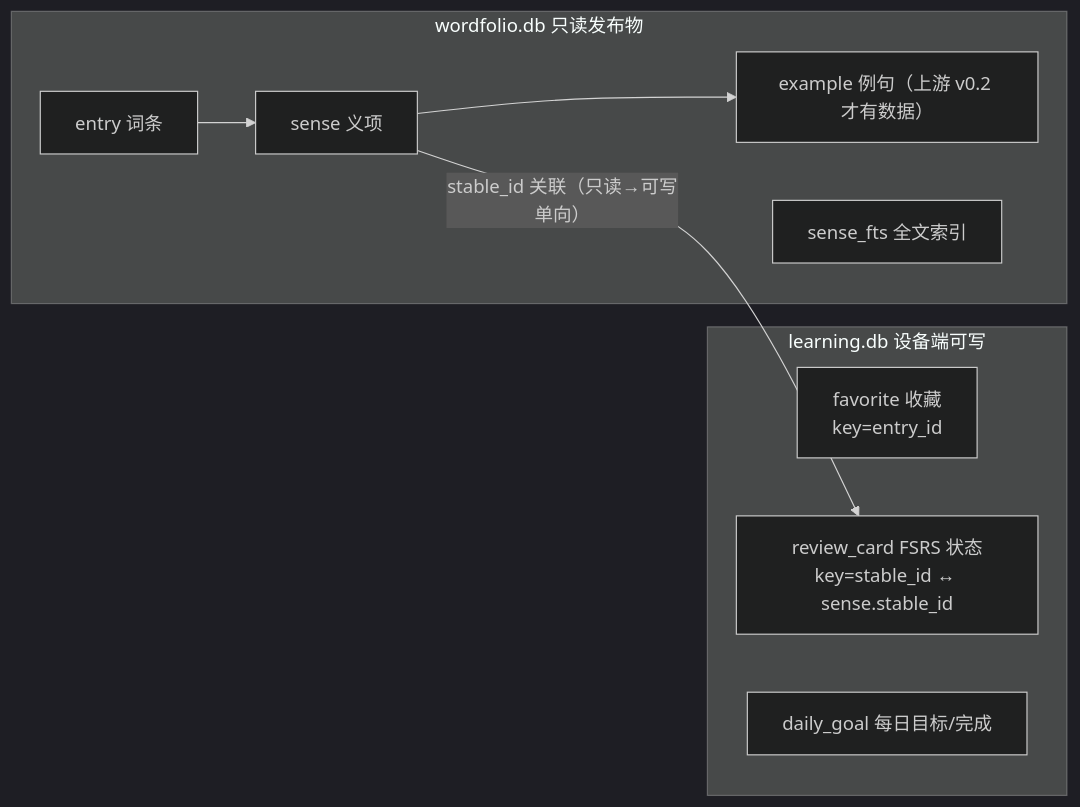
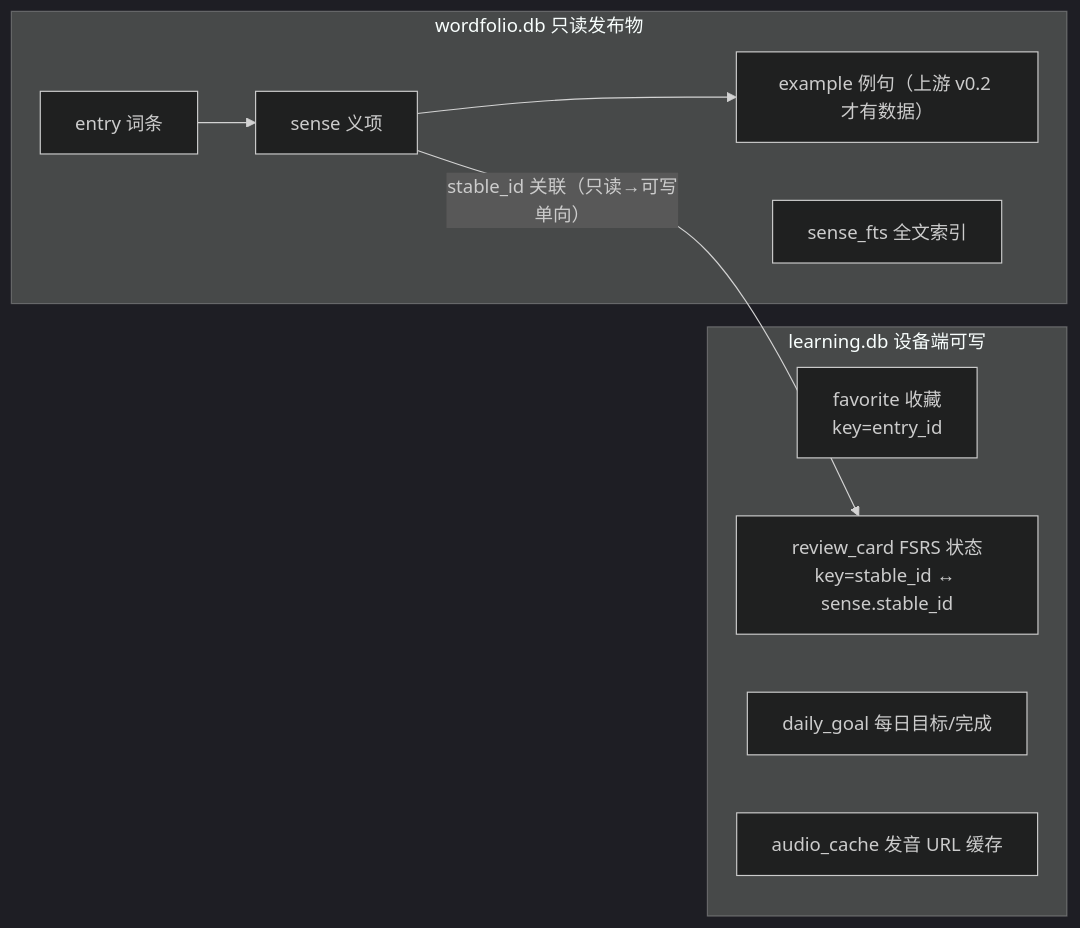
Before and after one commit to Partiverse/wordfolio: the second of 2 diagrams in docs/design/功能逻辑树.md, drawn with Mermaid (dark theme). The commit also changed other lines of this file and 10 other files, not shown here.

````diff
--- a/docs/design/功能逻辑树.md
+++ b/docs/design/功能逻辑树.md
@@ -44,14 +44,15 @@
 ```mermaid
 flowchart LR
     subgraph wordfolio.db [wordfolio.db 只读发布物]
         E[entry 词条] --> S[sense 义项]
         S --> X[example 例句（上游 v0.2 才有数据）]
         FTS[sense_fts 全文索引]
     end
     subgraph learning.db [learning.db 设备端可写]
         FAV[favorite 收藏<br/>key=entry_id]
         RC[review_card FSRS 状态<br/>key=stable_id ↔ sense.stable_id]
         DG[daily_goal 每日目标/完成]
+        AC[audio_cache 发音 URL 缓存]
     end
     S -- "stable_id 关联（只读→可写单向）" --> RC
 ```
````
